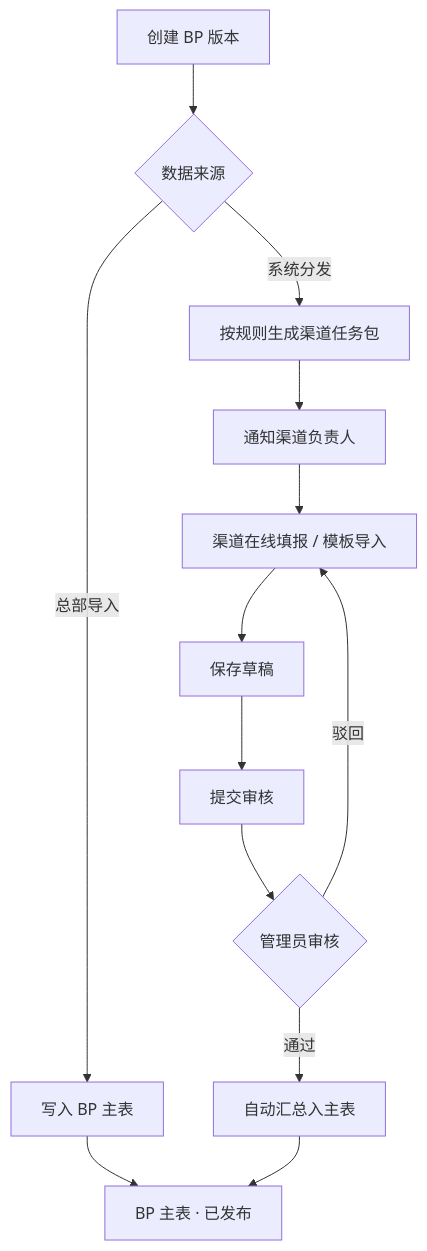
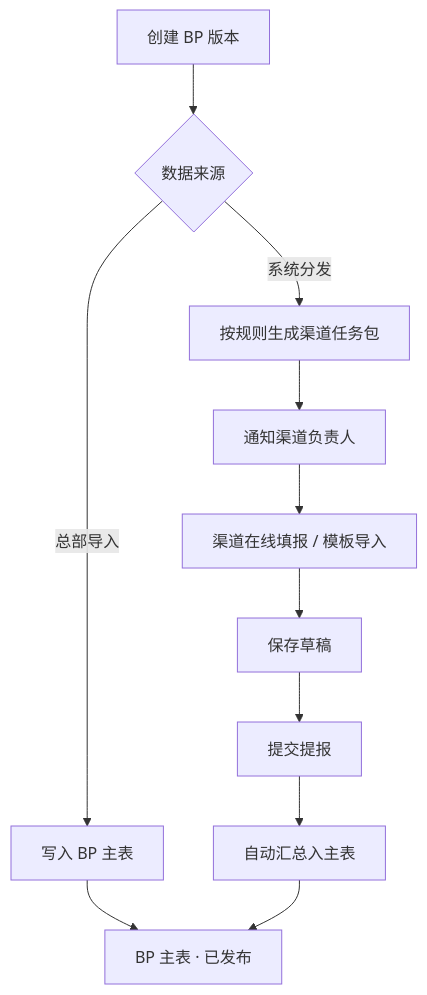
One commit to 18501404120/cursor changed the diagram in 文件夹/项目/全渠道管报/方案/BP管理-渠道分发与填报-页面设计.md. Above: the diagram before and after it, drawn with Mermaid. The commit also changed other lines of this file and 8 other files, not shown here.

````diff
--- a/文件夹/项目/全渠道管报/方案/BP管理-渠道分发与填报-页面设计.md
+++ b/文件夹/项目/全渠道管报/方案/BP管理-渠道分发与填报-页面设计.md
@@ -47,15 +47,13 @@
 ```mermaid
 flowchart TD
   A[创建 BP 版本] --> B{数据来源}
   B -->|总部导入| C[写入 BP 主表]
   B -->|系统分发| D[按规则生成渠道任务包]
   D --> E[通知渠道负责人]
   E --> F[渠道在线填报 / 模板导入]
   F --> G[保存草稿]
-  G --> H[提交审核]
-  H --> I{管理员审核}
-  I -->|通过| J[自动汇总入主表]
-  I -->|驳回| F
+  G --> H[提交提报]
+  H --> J[自动汇总入主表]
   C --> K[BP 主表 · 已发布]
   J --> K
 ```
````
